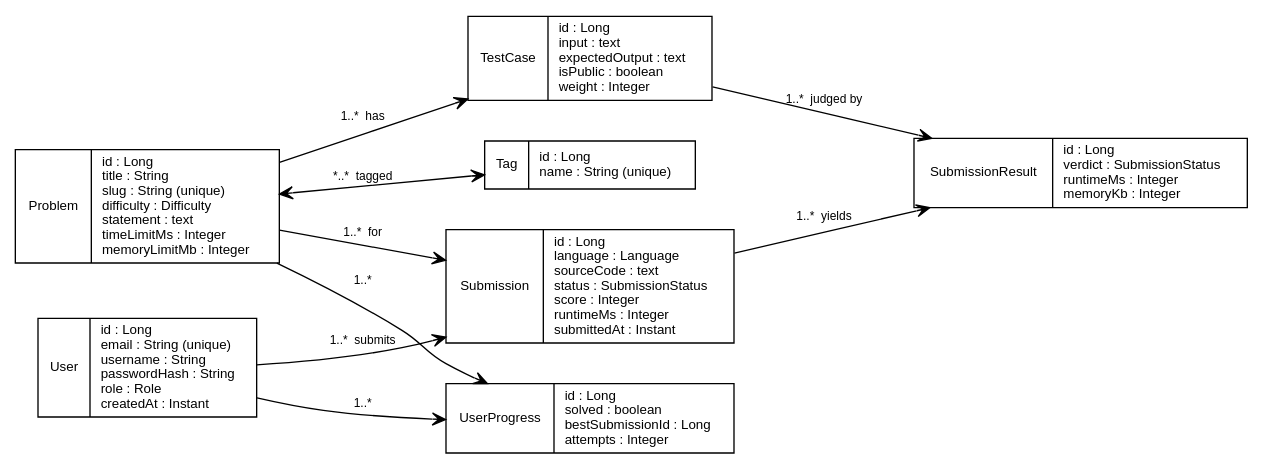
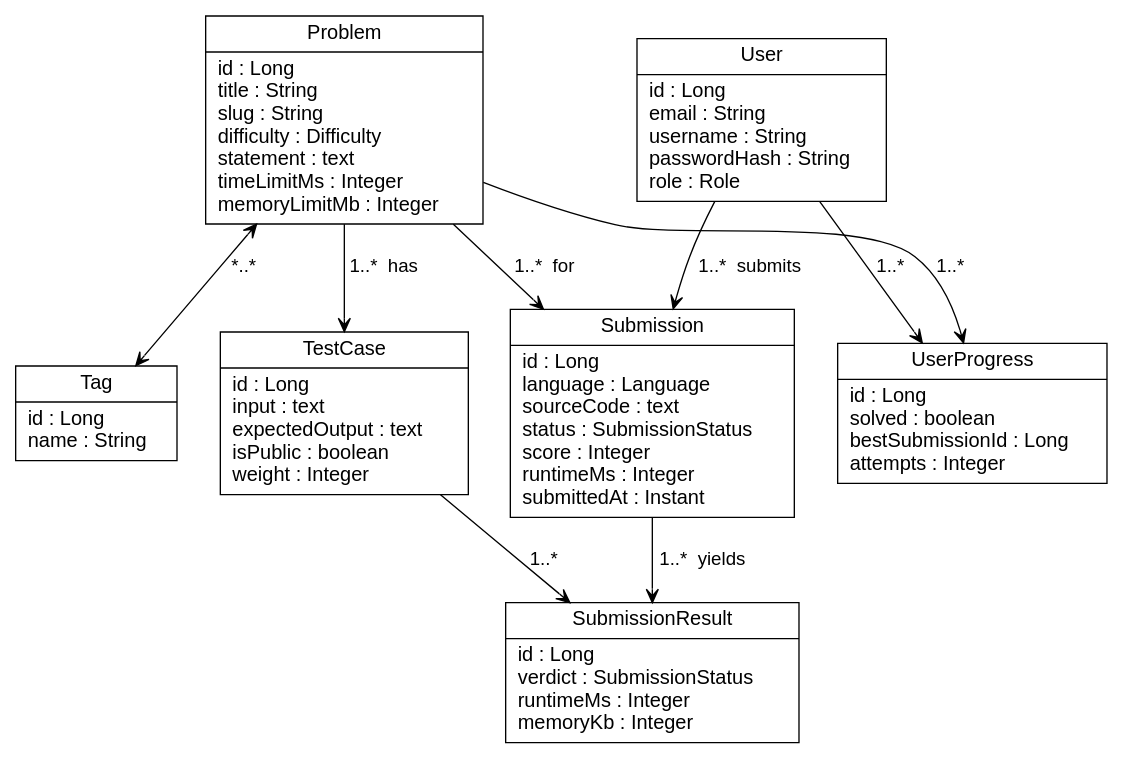
One commit to hosachaii/competitive-programming-platform changed the diagram in report/diagrams/er_diagram.dot. Above: the diagram before and after it, drawn with Graphviz. The commit also changed 26 other files, not shown here.

```diff
--- a/report/diagrams/er_diagram.dot
+++ b/report/diagrams/er_diagram.dot
@@ -1,27 +1,30 @@
-// Entity-relationship diagram of the persistence model.
-// Render: dot -Tpng er_diagram.dot -o ../images/er_diagram.png
+// Entity-relationship diagram (narrow 2-column layout, large fonts).
+// Render: dot -Tpng -Gdpi=300 er_diagram.dot -o ../images/er_diagram.png
 digraph er {
-  rankdir=LR;
+  rankdir=TB;
   bgcolor="white";
-  graph [fontname="Helvetica", fontsize=12, nodesep=0.4, ranksep=0.9];
-  node  [fontname="Helvetica", fontsize=10, shape=record, style="filled", fillcolor="white", color="black"];
-  edge  [fontname="Helvetica", fontsize=9, color="black", arrowhead=vee];
+  graph [fontname="Helvetica", fontsize=16, nodesep=0.45, ranksep=0.65];
+  node  [fontname="Helvetica", fontsize=15, shape=record, style="filled", fillcolor="white", color="black", margin="0.12,0.07"];
+  edge  [fontname="Helvetica", fontsize=14, color="black", arrowhead=vee];
 
-  User          [label="{User|id : Long\lemail : String (unique)\lusername : String\lpasswordHash : String\lrole : Role\lcreatedAt : Instant\l}"];
-  Problem       [label="{Problem|id : Long\ltitle : String\lslug : String (unique)\ldifficulty : Difficulty\lstatement : text\ltimeLimitMs : Integer\lmemoryLimitMb : Integer\l}"];
-  Tag           [label="{Tag|id : Long\lname : String (unique)\l}"];
+  User          [label="{User|id : Long\lemail : String\lusername : String\lpasswordHash : String\lrole : Role\l}"];
+  Problem       [label="{Problem|id : Long\ltitle : String\lslug : String\ldifficulty : Difficulty\lstatement : text\ltimeLimitMs : Integer\lmemoryLimitMb : Integer\l}"];
+  Tag           [label="{Tag|id : Long\lname : String\l}"];
   TestCase      [label="{TestCase|id : Long\linput : text\lexpectedOutput : text\lisPublic : boolean\lweight : Integer\l}"];
   Submission    [label="{Submission|id : Long\llanguage : Language\lsourceCode : text\lstatus : SubmissionStatus\lscore : Integer\lruntimeMs : Integer\lsubmittedAt : Instant\l}"];
   SubmissionResult [label="{SubmissionResult|id : Long\lverdict : SubmissionStatus\lruntimeMs : Integer\lmemoryKb : Integer\l}"];
   UserProgress  [label="{UserProgress|id : Long\lsolved : boolean\lbestSubmissionId : Long\lattempts : Integer\l}"];
 
-  // relationships (cardinality in labels)
-  User       -> Submission      [label="1..*  submits", dir=forward];
-  Problem    -> Submission      [label="1..*  for", dir=forward];
-  Problem    -> TestCase        [label="1..*  has", dir=forward];
-  Problem    -> Tag             [label="*..*  tagged", dir=both, arrowtail=vee];
-  Submission -> SubmissionResult[label="1..*  yields", dir=forward];
-  TestCase   -> SubmissionResult[label="1..*  judged by", dir=forward];
-  User       -> UserProgress    [label="1..*", dir=forward];
-  Problem    -> UserProgress    [label="1..*", dir=forward];
+  { rank=same; User; Problem; }
+  { rank=same; Tag; TestCase; }
+  { rank=same; Submission; UserProgress; }
+
+  User       -> Submission      [label="1..*  submits"];
+  Problem    -> Submission      [label="1..*  for"];
+  Problem    -> TestCase        [label="1..*  has"];
+  Problem    -> Tag             [label="*..*", dir=both, arrowtail=vee];
+  User       -> UserProgress    [label="1..*"];
+  Problem    -> UserProgress    [label="1..*", constraint=false];
+  Submission -> SubmissionResult[label="1..*  yields"];
+  TestCase   -> SubmissionResult[label="1..*", constraint=false];
 }
```
